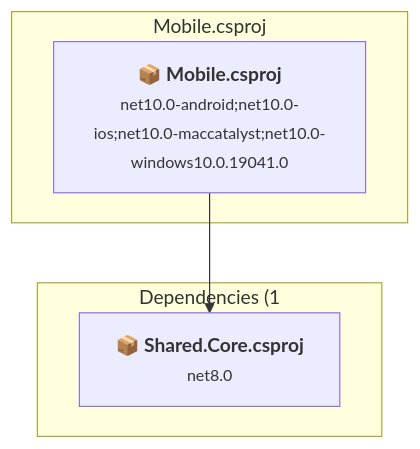
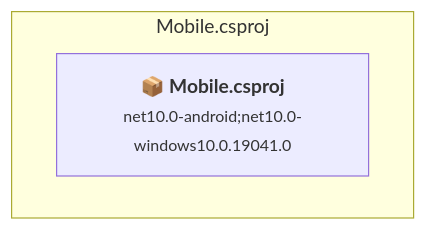
One commit to NafisianCastle/dokanio changed the third of 4 diagrams in .github/upgrades/assessment.md. Above: the diagram before and after it, drawn with Mermaid. The commit also changed other lines of this file and 10 other files, not shown here.

````diff
--- a/.github/upgrades/assessment.md
+++ b/.github/upgrades/assessment.md
@@ -240,13 +178,8 @@
 ```mermaid
 flowchart TB
     subgraph current["Mobile.csproj"]
-        MAIN["<b>📦&nbsp;Mobile.csproj</b><br/><small>net10.0-android;net10.0-ios;net10.0-maccatalyst;net10.0-windows10.0.19041.0</small>"]
+        MAIN["<b>📦&nbsp;Mobile.csproj</b><br/><small>net10.0-android;net10.0-windows10.0.19041.0</small>"]
         click MAIN "#srcmobilemobilecsproj"
     end
-    subgraph downstream["Dependencies (1"]
-        P1["<b>📦&nbsp;Shared.Core.csproj</b><br/><small>net8.0</small>"]
-        click P1 "#srcsharedcoresharedcorecsproj"
-    end
-    MAIN --> P1
 
 ```
````
